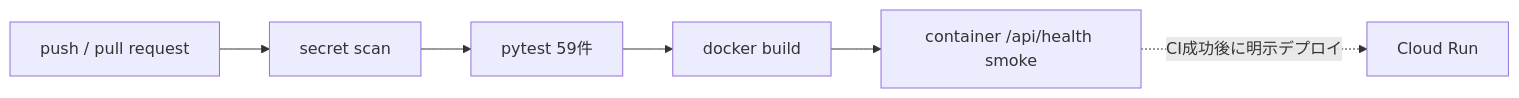
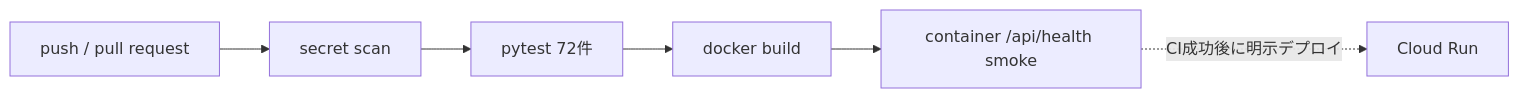
Before and after one commit to souzoku-lab/souzoku-shield: the second of 2 diagrams in docs/protopedia_replacement.md, drawn with Mermaid. The commit also changed other lines of this file and 12 other files, not shown here.

Commit message:
Add fail-closed clarification and resume flow

````diff
--- a/docs/protopedia_replacement.md
+++ b/docs/protopedia_replacement.md
@@ -38,8 +47,8 @@
 ```mermaid
 flowchart LR
     P[push / pull request] --> S[secret scan]
-    S --> T[pytest 59件]
+    S --> T[pytest 72件]
     T --> B[docker build]
     B --> H[container /api/health smoke]
     H -. CI成功後に明示デプロイ .-> C[Cloud Run]
 ```
````
